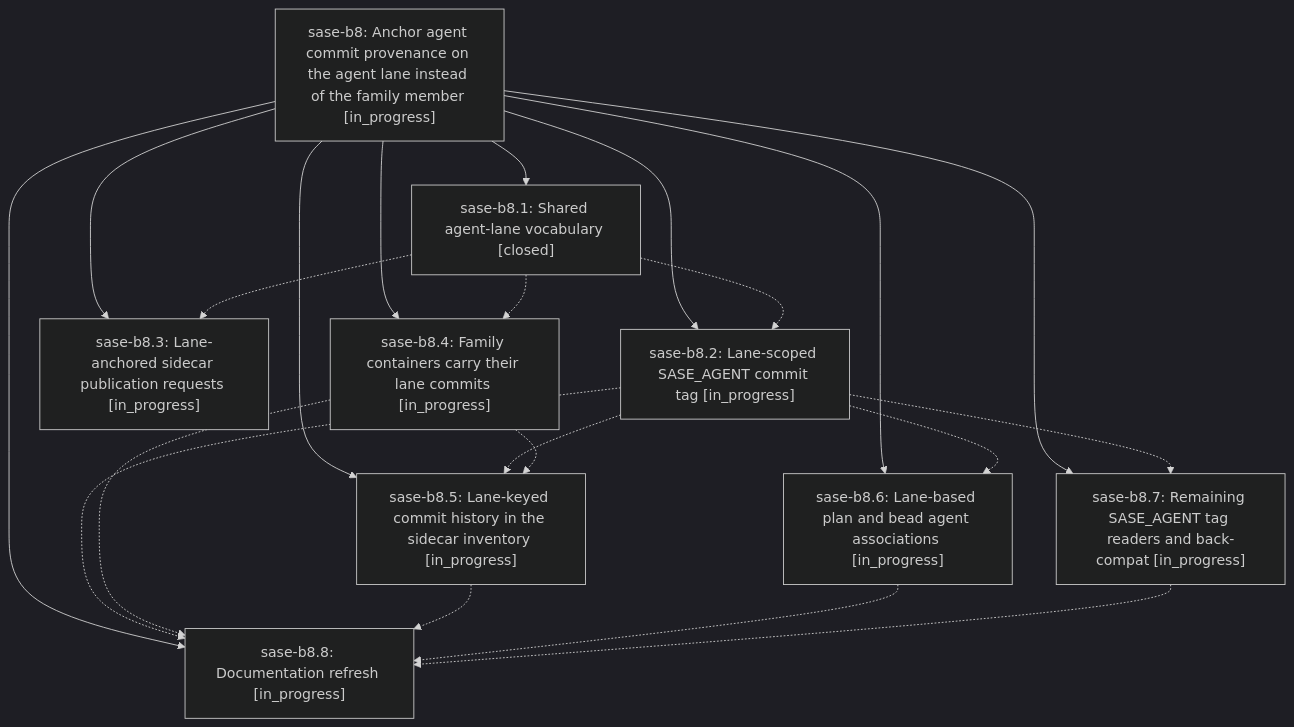
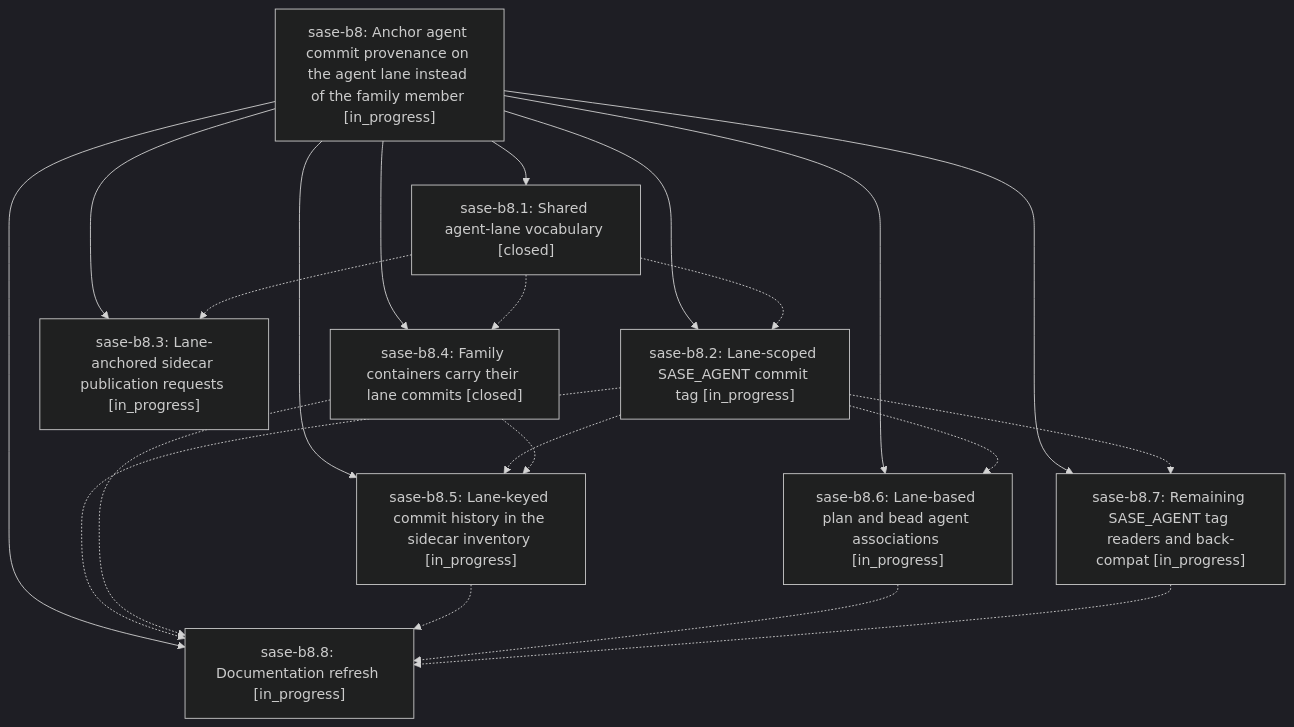
The diagram in pages/sase-b8/README.md (sase-org/sase--beads), drawn with Mermaid (dark theme) before and after one commit. The commit also changed other lines of this file and 4 other files, not shown here.

````diff
--- a/pages/sase-b8/README.md
+++ b/pages/sase-b8/README.md
@@ -29,32 +29,32 @@
 ```mermaid
 flowchart TD
     n0["sase-b8: Anchor agent commit provenance on the agent lane instead of the family member [in_progress]"]
     n1["sase-b8.1: Shared agent-lane vocabulary [closed]"]
     n2["sase-b8.2: Lane-scoped SASE_AGENT commit tag [in_progress]"]
     n3["sase-b8.3: Lane-anchored sidecar publication requests [in_progress]"]
-    n4["sase-b8.4: Family containers carry their lane commits [in_progress]"]
+    n4["sase-b8.4: Family containers carry their lane commits [closed]"]
     n5["sase-b8.5: Lane-keyed commit history in the sidecar inventory [in_progress]"]
     n6["sase-b8.6: Lane-based plan and bead agent associations [in_progress]"]
     n7["sase-b8.7: Remaining SASE_AGENT tag readers and back-compat [in_progress]"]
     n8["sase-b8.8: Documentation refresh [in_progress]"]
     n0 --> n1
     n0 --> n2
     n0 --> n3
     n0 --> n4
     n0 --> n5
     n0 --> n6
     n0 --> n7
     n0 --> n8
     n1 -.-> n2
     n1 -.-> n3
     n1 -.-> n4
     n2 -.-> n5
     n2 -.-> n6
     n2 -.-> n7
     n2 -.-> n8
     n4 -.-> n5
     n4 -.-> n8
     n5 -.-> n8
     n6 -.-> n8
     n7 -.-> n8
 ```
````
